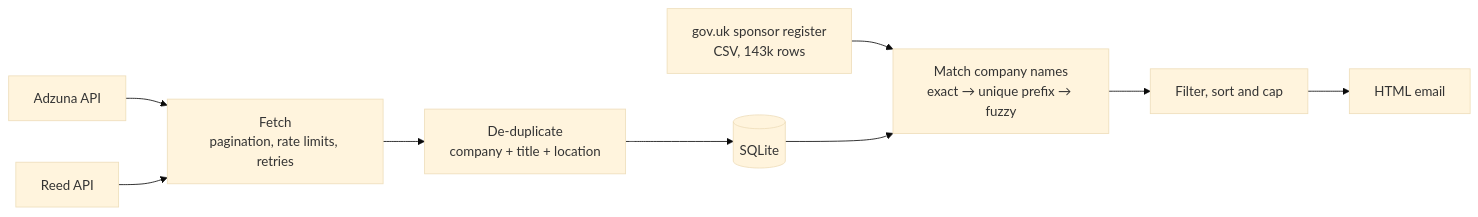
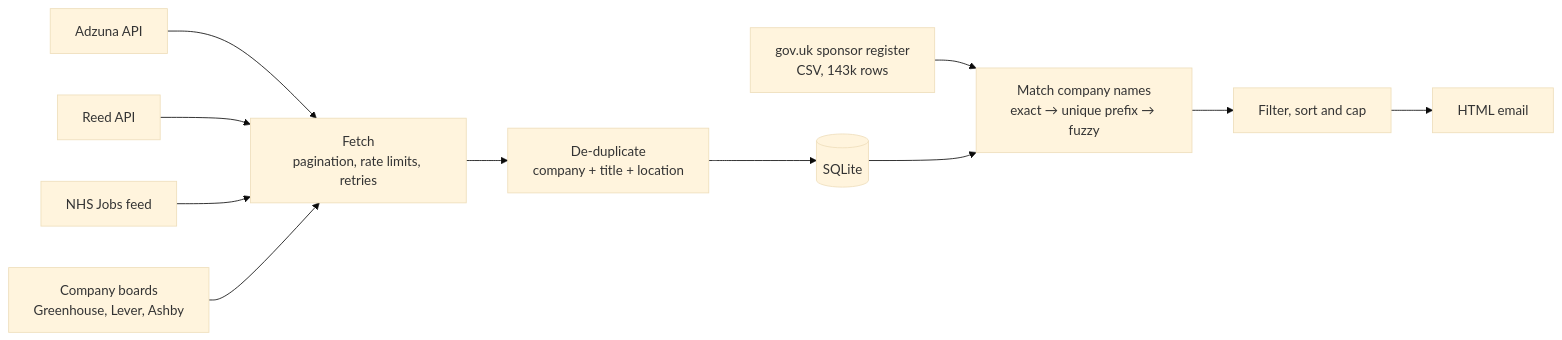
One commit to hjeesum/grady changed the diagram in README.md. Above: the diagram before and after it, drawn with Mermaid (base theme). The commit also changed other lines of this file and 9 other files, not shown here.

First line of the commit message:
Add company job boards (Greenhouse, Lever, Ashby) as a source

````diff
--- a/README.md
+++ b/README.md
@@ -31,11 +31,13 @@
 ```mermaid
 flowchart LR
     A[Adzuna API] --> F[Fetch<br/>pagination, rate limits, retries]
     R[Reed API] --> F
+    N[NHS Jobs feed] --> F
+    B[Company boards<br/>Greenhouse, Lever, Ashby] --> F
     F --> D[De-duplicate<br/>company + title + location]
     D --> S[(SQLite)]
     G[gov.uk sponsor register<br/>CSV, 143k rows] --> M[Match company names<br/>exact → unique prefix → fuzzy]
     S --> M
     M --> E[Filter, sort and cap]
     E --> Mail[HTML email]
 ```
````
